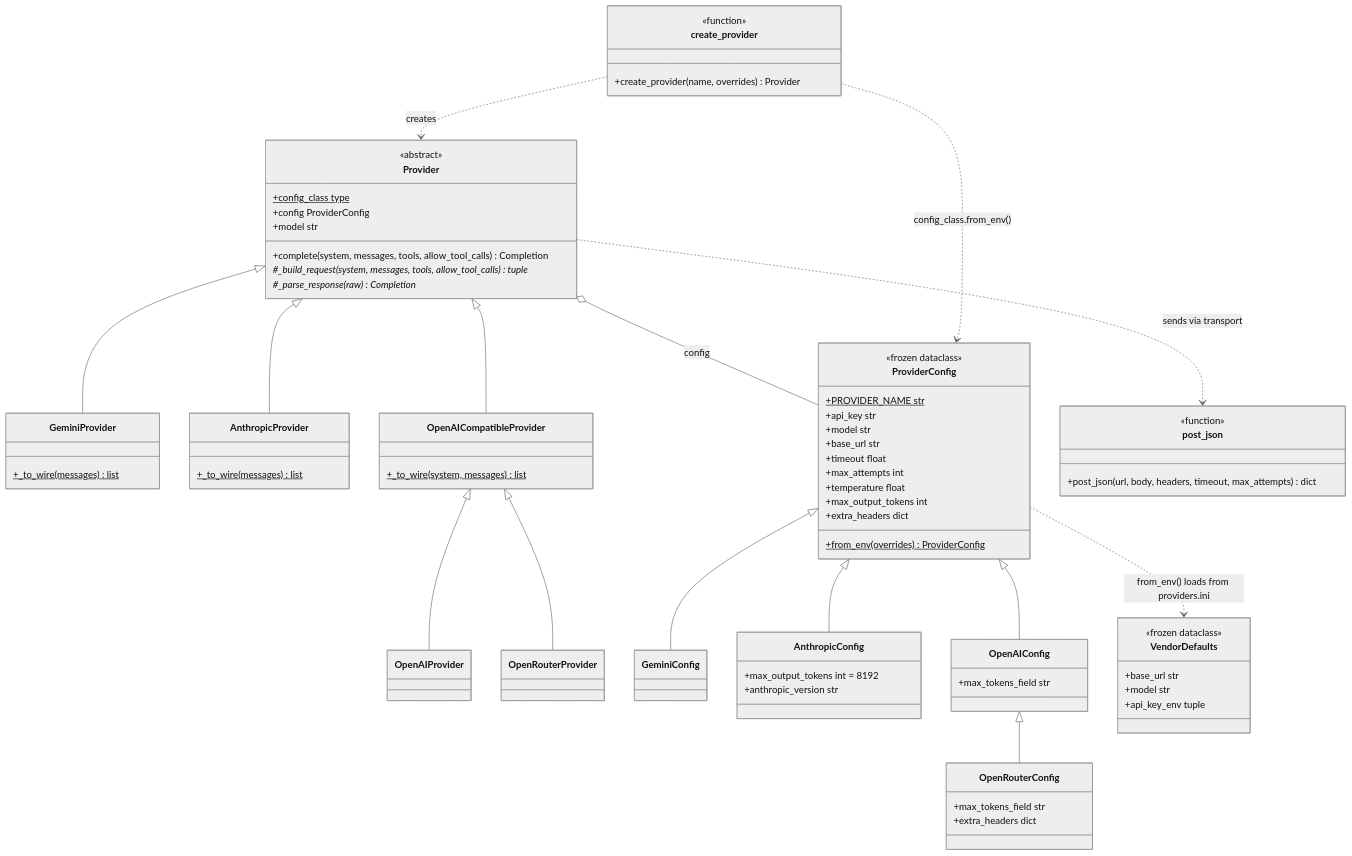
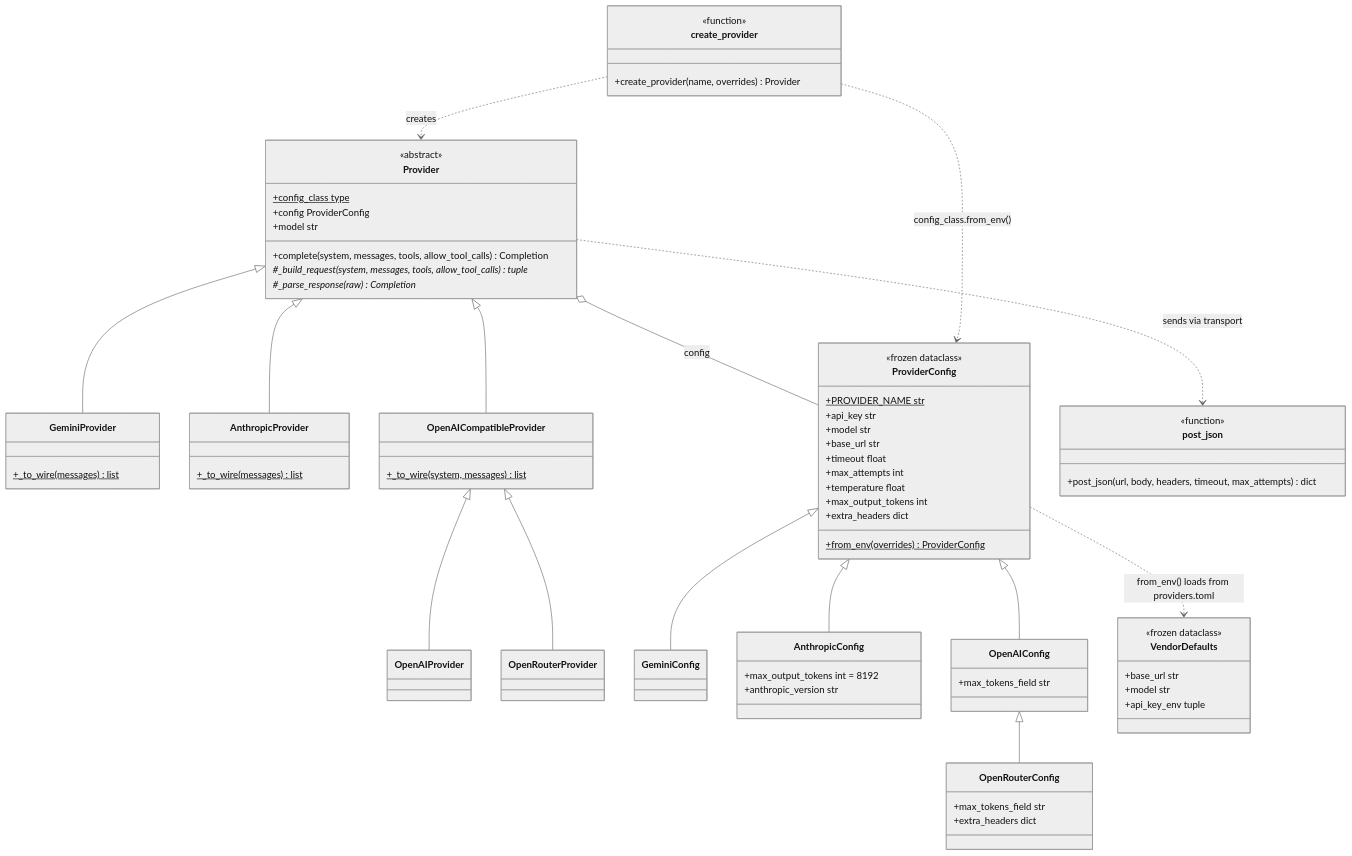
Before and after one commit to kirankumar0710/ai-harness: the second of 3 diagrams in odysseus/README.md, drawn with Mermaid (neutral theme). The commit also changed other lines of this file and 10 other files, not shown here.

First line of the commit message:
Move provider defaults from providers.ini to providers.toml

```diff
--- a/odysseus/README.md
+++ b/odysseus/README.md
@@ -430,7 +431,7 @@
     OpenAIConfig <|-- OpenRouterConfig
 
     Provider o-- ProviderConfig : config
-    ProviderConfig ..> VendorDefaults : from_env() loads from providers.ini
+    ProviderConfig ..> VendorDefaults : from_env() loads from providers.toml
 
     class create_provider {
         <<function>>
```
